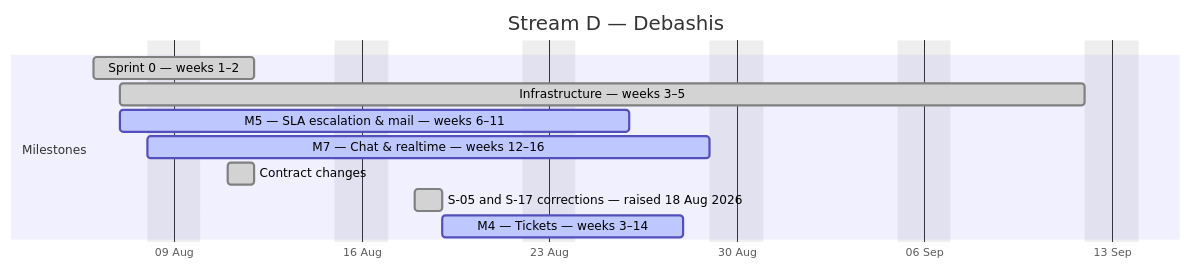
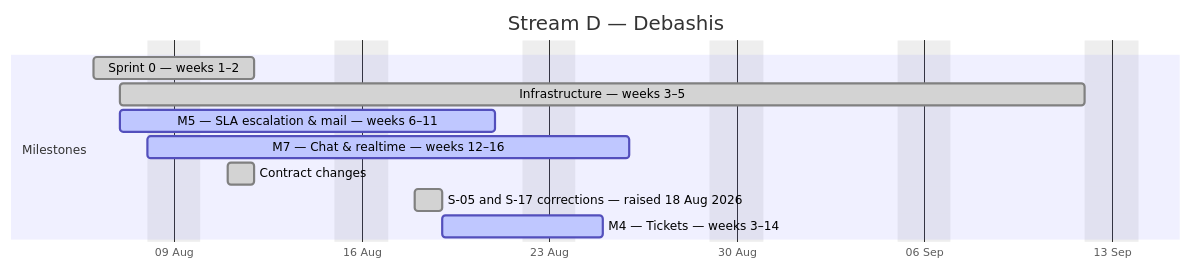
The fourth of 4 diagrams in docs/plan/GANTT.md (debashisedunext/EduTrack), drawn with Mermaid before and after one commit. The commit also changed other lines of this file and 3 other files, not shown here.

````diff
--- a/docs/plan/GANTT.md
+++ b/docs/plan/GANTT.md
@@ -134,15 +129,15 @@
 ```mermaid
 gantt
     dateFormat YYYY-MM-DD
     axisFormat %d %b
     title Stream D — Debashis
     excludes weekends
     section Milestones
     Sprint 0 — weeks 1–2 :done, d0, 2026-08-06, 4d
     Infrastructure — weeks 3–5 :done, d1, 2026-08-07, 26d
-    M5 — SLA  escalation & mail — weeks 6–11 :active, d2, 2026-08-07, 13d
-    M7 — Chat & realtime — weeks 12–16 :active, d3, 2026-08-08, 16d
+    M5 — SLA  escalation & mail — weeks 6–11 :active, d2, 2026-08-07, 10d
+    M7 — Chat & realtime — weeks 12–16 :active, d3, 2026-08-08, 13d
     Contract changes :done, d4, 2026-08-11, 1d
     S-05 and S-17 corrections — raised 18 Aug 2026 :done, d5, 2026-08-18, 1d
-    M4 — Tickets — weeks 3–14 :active, d6, 2026-08-19, 7d
+    M4 — Tickets — weeks 3–14 :active, d6, 2026-08-19, 4d
 ```
````
